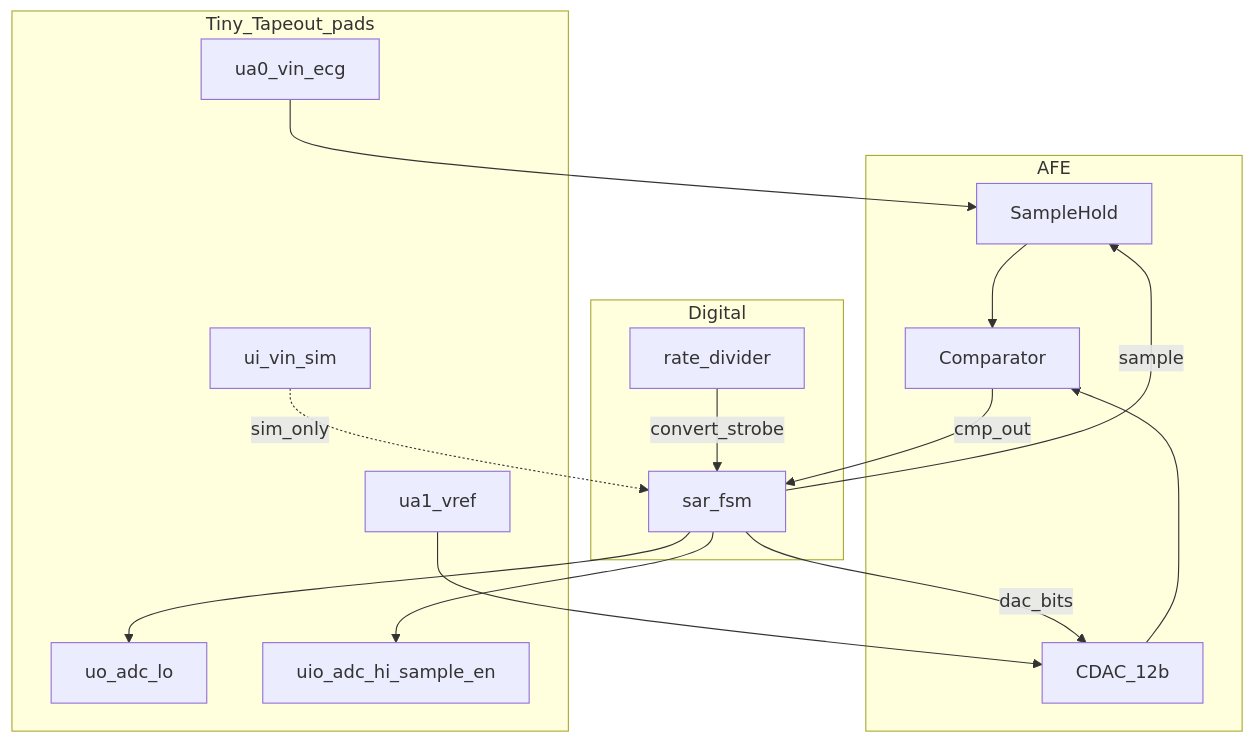
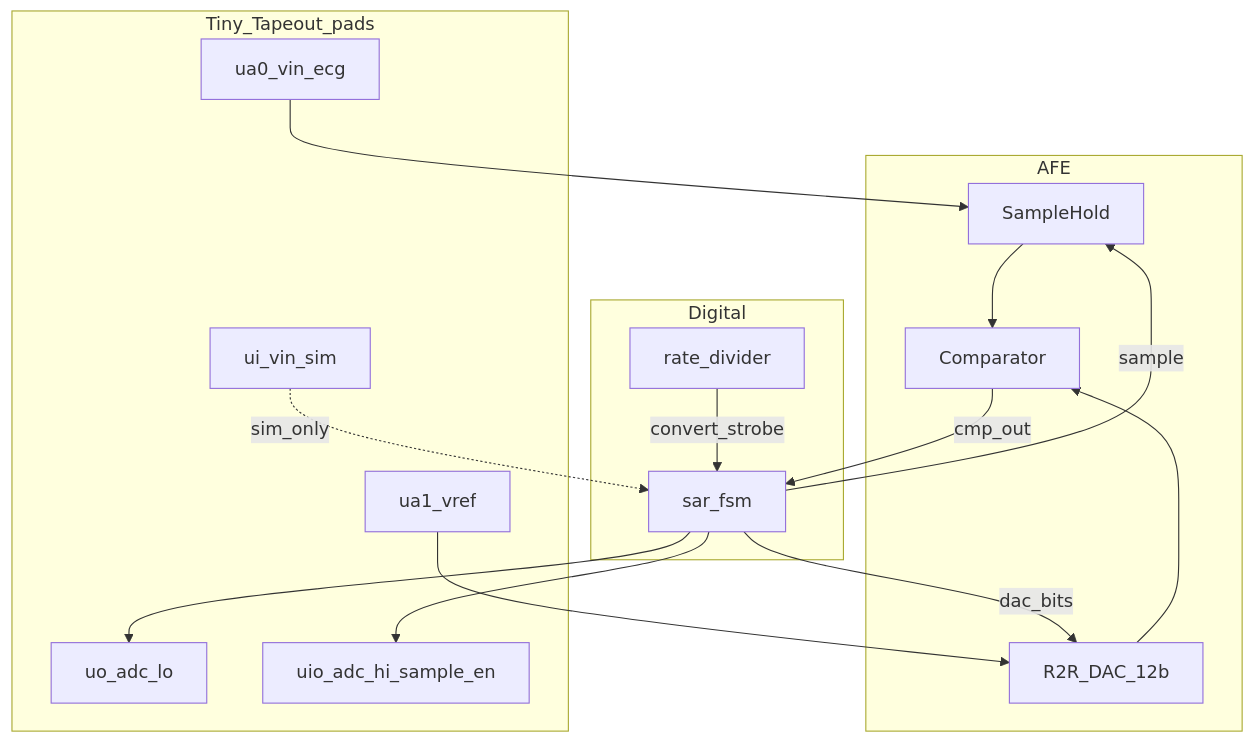
One commit to davidbroughsmyth/heart_monitor_adc_art_ttsky26c changed the second of 6 diagrams in docs/ARCHITECTURE.md. Above: the diagram before and after it, drawn with Mermaid. The commit also changed other lines of this file and 35 other files, not shown here.

````diff
--- a/docs/ARCHITECTURE.md
+++ b/docs/ARCHITECTURE.md
@@ -26,33 +26,33 @@
 ```mermaid
 flowchart TB
   subgraph pads [Tiny_Tapeout_pads]
     ua0[ua0_vin_ecg]
     ua1[ua1_vref]
     ui[ui_vin_sim]
     uo[uo_adc_lo]
     uio[uio_adc_hi_sample_en]
   end
 
   subgraph afe [AFE]
     sh[SampleHold]
-    cdac[CDAC_12b]
+    cdac[R2R_DAC_12b]
     cmp[Comparator]
   end
 
   subgraph dig [Digital]
     rate[rate_divider]
     sar[sar_fsm]
   end
 
   ua0 --> sh
   ua1 --> cdac
   sh --> cmp
   cdac --> cmp
   cmp -->|cmp_out| sar
   sar -->|sample| sh
   sar -->|dac_bits| cdac
   rate -->|convert_strobe| sar
   sar --> uo
   sar --> uio
   ui -.->|sim_only| sar
 ```
````
